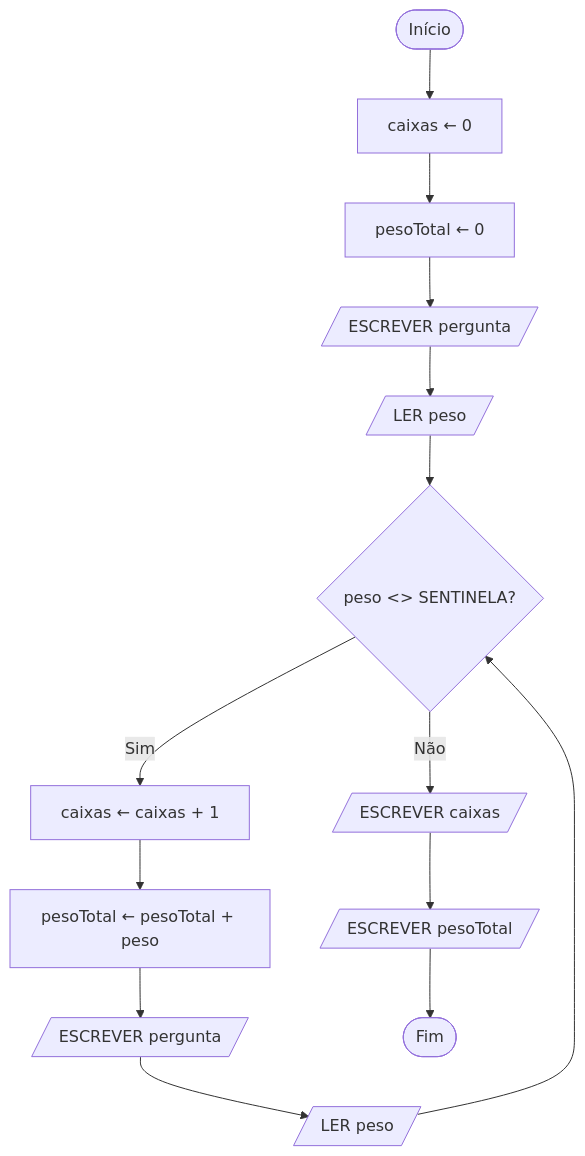
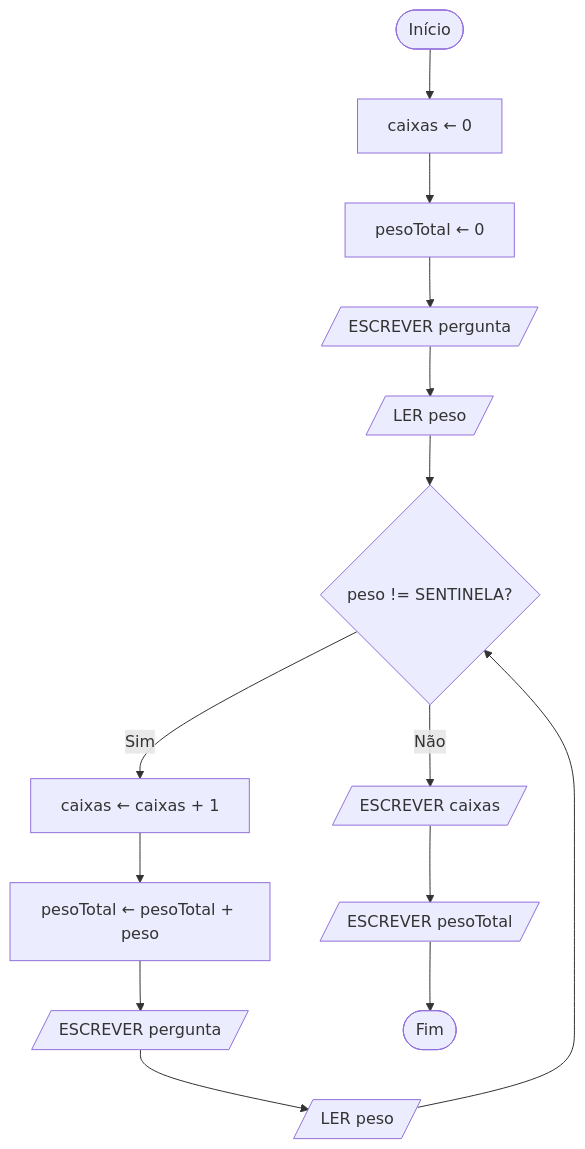
One commit to NunoMACastro/epms-2627-1ig-lp changed the second of 4 diagrams in 01-algoritmos/04-repeticao-e-padroes.md. Above: the diagram before and after it, drawn with Mermaid. The commit also changed other lines of this file and 6 other files, not shown here.

````diff
--- a/01-algoritmos/04-repeticao-e-padroes.md
+++ b/01-algoritmos/04-repeticao-e-padroes.md
@@ -596,16 +596,16 @@
 ```mermaid
 flowchart TD
     A([Início]) --> B["caixas ← 0"]
     B --> C["pesoTotal ← 0"]
     C --> D[/ESCREVER pergunta/]
     D --> E[/LER peso/]
-    E --> F{"peso <> SENTINELA?"}
+    E --> F{"peso != SENTINELA?"}
     F -->|Sim| G["caixas ← caixas + 1"]
     G --> H["pesoTotal ← pesoTotal + peso"]
     H --> I[/ESCREVER pergunta/]
     I --> J[/LER peso/]
     J --> F
     F -->|Não| K[/ESCREVER caixas/]
     K --> L[/ESCREVER pesoTotal/]
     L --> Z([Fim])
 ```
````
